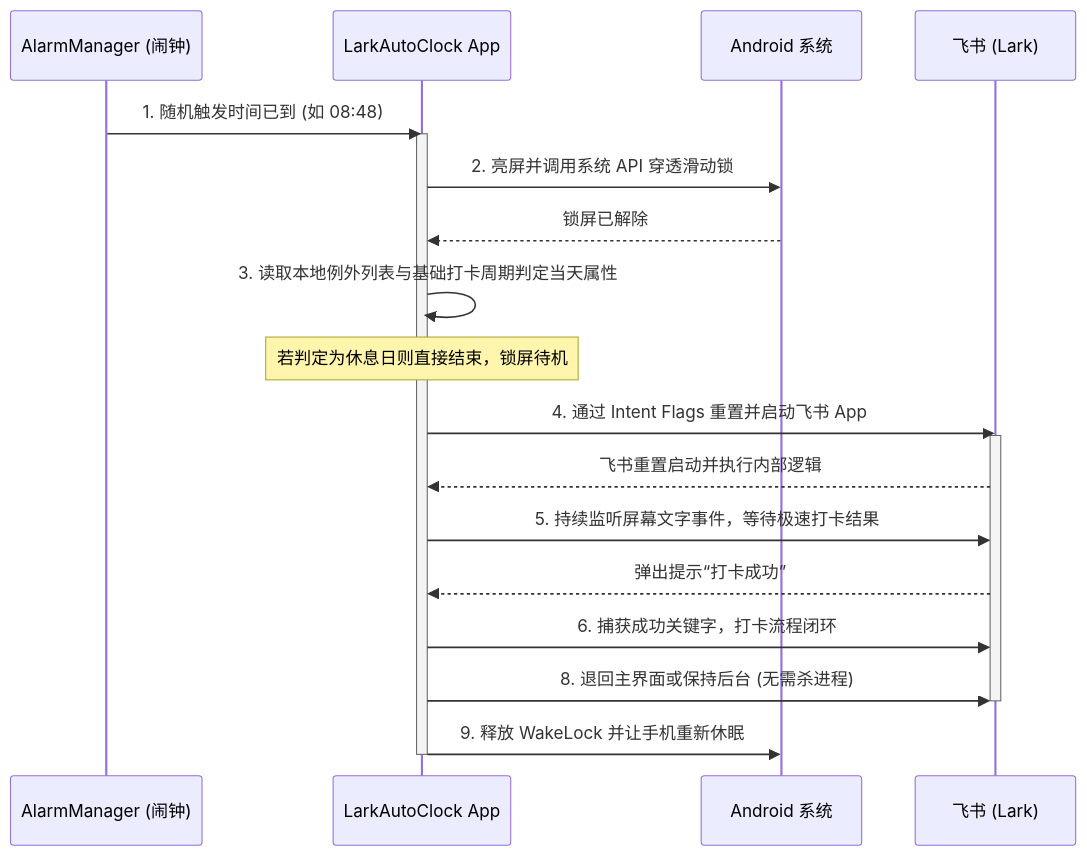
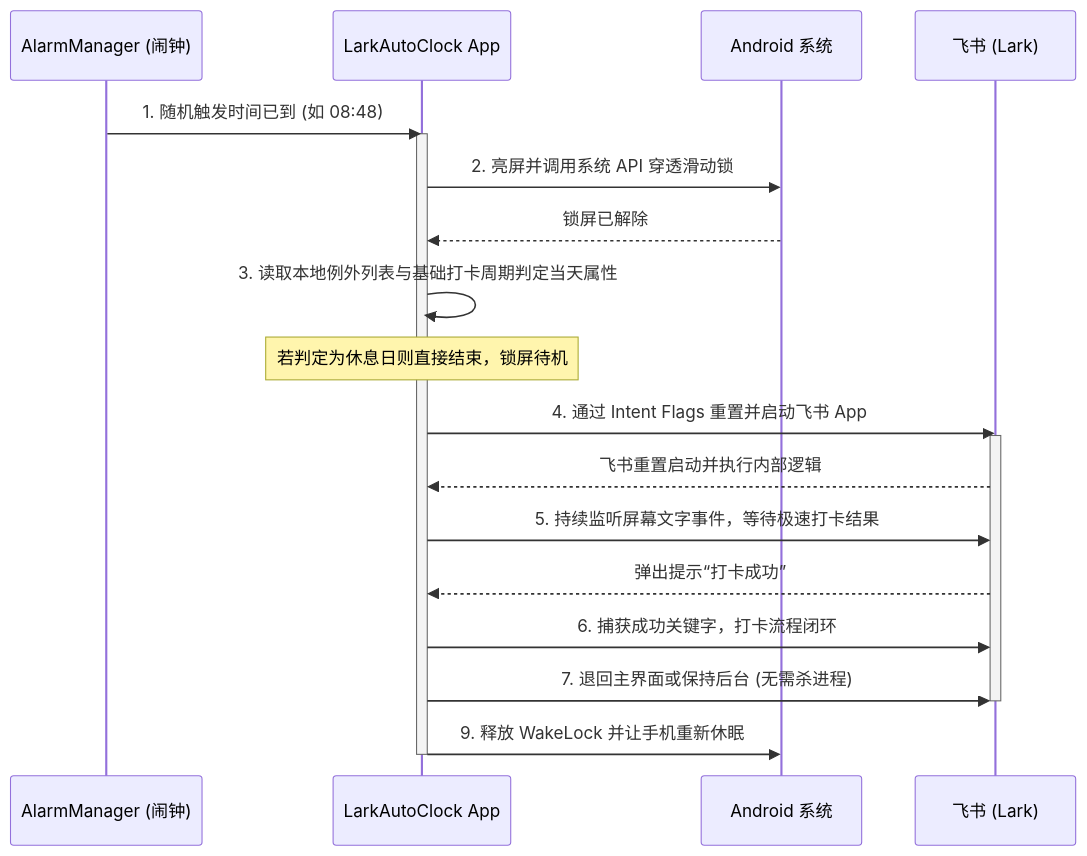
Before and after one commit to wwwtwww/autoDO: the diagram in docs/prd.md, drawn with Mermaid.

Commit message:
docs(prd): fix numbering skip in mermaid diagram

````diff
--- a/docs/prd.md
+++ b/docs/prd.md
@@ -78,24 +78,24 @@
 ```mermaid
 sequenceDiagram
     participant S as AlarmManager (闹钟)
     participant A as LarkAutoClock App
     participant OS as Android 系统
     participant F as 飞书 (Lark)
 
     S->>A: 1. 随机触发时间已到 (如 08:48)
     activate A
     A->>OS: 2. 亮屏并调用系统 API 穿透滑动锁
     OS-->>A: 锁屏已解除
     A->>A: 3. 读取本地例外列表与基础打卡周期判定当天属性
     Note over A: 若判定为休息日则直接结束，锁屏待机
     A->>F: 4. 通过 Intent Flags 重置并启动飞书 App
     activate F
     F-->>A: 飞书重置启动并执行内部逻辑
     A->>F: 5. 持续监听屏幕文字事件，等待极速打卡结果
     F-->>A: 弹出提示“打卡成功”
     A->>F: 6. 捕获成功关键字，打卡流程闭环
-    A->>F: 8. 退回主界面或保持后台 (无需杀进程)
+    A->>F: 7. 退回主界面或保持后台 (无需杀进程)
     deactivate F
     A->>OS: 9. 释放 WakeLock 并让手机重新休眠
     deactivate A
 ```
````
